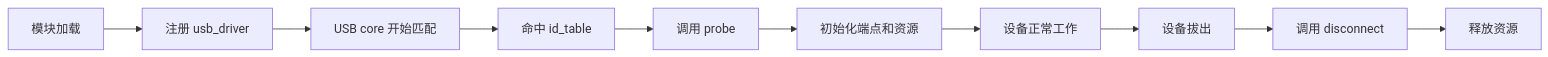
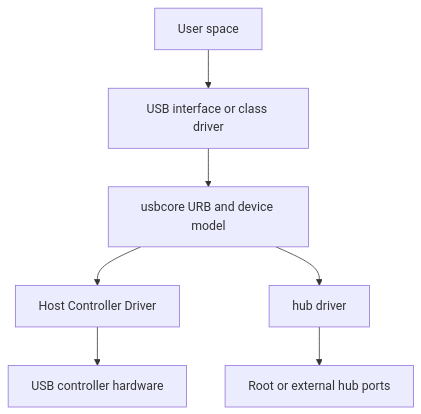
Before and after one commit to cdragon-ljl/EEandEdgeAI: the diagram in docs/articles/usb/usb-02-linux-usb-driver-framework.md, drawn with Mermaid. The commit also changed other lines of this file and 3 other files, not shown here.

Commit message:
docs(usb): rewrite architecture descriptors and URB guides

````diff
--- a/docs/articles/usb/usb-02-linux-usb-driver-framework.md
+++ b/docs/articles/usb/usb-02-linux-usb-driver-framework.md
@@ -233,12 +20,9 @@
 ```mermaid
-flowchart LR
-    A[模块加载] --> B[注册 usb_driver]
-    B --> C[USB core 开始匹配]
-    C --> D[命中 id_table]
-    D --> E[调用 probe]
-    E --> F[初始化端点和资源]
-    F --> G[设备正常工作]
-    G --> H[设备拔出]
-    H --> I[调用 disconnect]
-    I --> J[释放资源]
+flowchart TB
+    APP[User space] --> CLASS[USB interface or class driver]
+    CLASS --> CORE[usbcore URB and device model]
+    CORE --> HCD[Host Controller Driver]
+    HCD --> HC[USB controller hardware]
+    CORE --> HUB[hub driver]
+    HUB --> PORT[Root or external hub ports]
 ```
````
